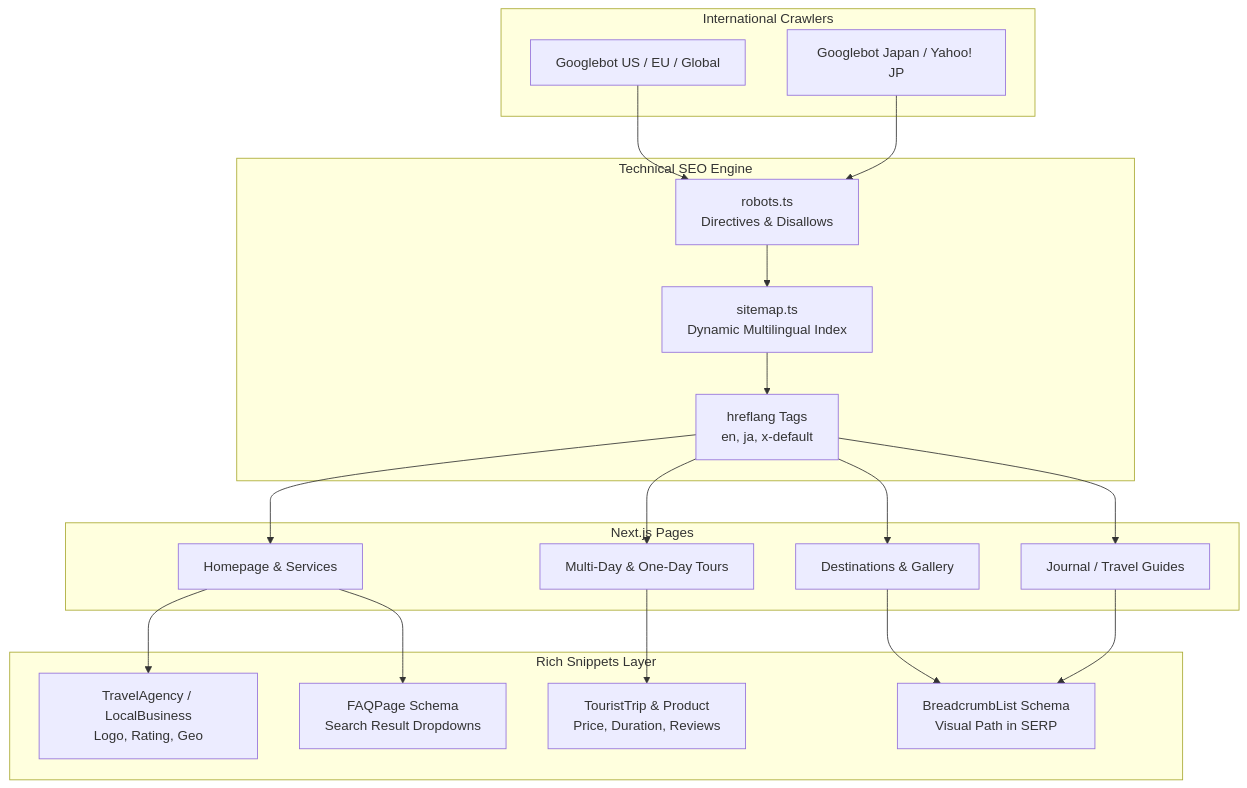
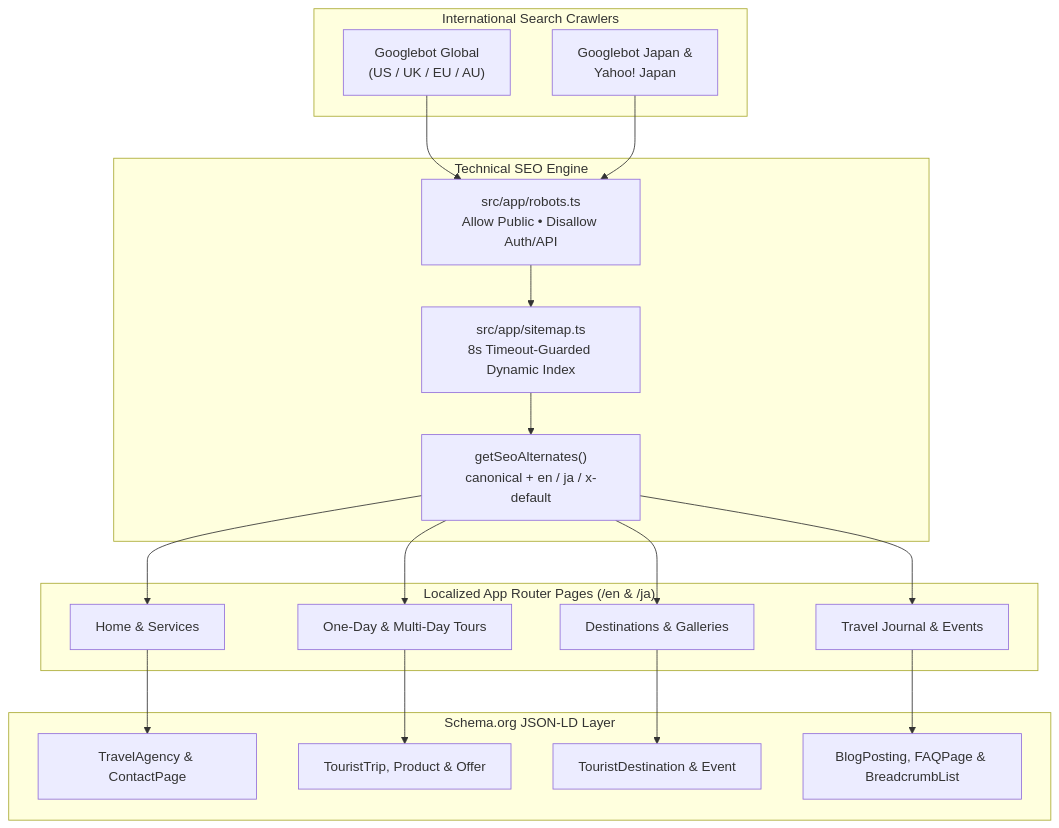
Before and after one commit to ikisakitours/ikisakitours: the first of 2 diagrams in SEO_BLUEPRINT.md, drawn with Mermaid. The commit also changed other lines of this file and 1 other file, not shown here.

First line of the commit message:
docs: update README.md and SEO_BLUEPRINT.md documentation

````diff
--- a/SEO_BLUEPRINT.md
+++ b/SEO_BLUEPRINT.md
@@ -53,41 +54,40 @@
 ```mermaid
 flowchart TD
-    subgraph International Crawlers
-        G_US["Googlebot US / EU / Global"]
-        G_JP["Googlebot Japan / Yahoo! JP"]
-    end
+  subgraph Crawlers["International Search Crawlers"]
+    G_US["Googlebot Global<br/>(US / UK / EU / AU)"]
+    G_JP["Googlebot Japan &<br/>Yahoo! Japan"]
+  end
 
-    subgraph Technical SEO Engine
-        R["robots.ts<br/>Directives & Disallows"]
-        S["sitemap.ts<br/>Dynamic Multilingual Index"]
-        HL["hreflang Tags<br/>en, ja, x-default"]
-    end
+  subgraph Core["Technical SEO Engine"]
+    R["src/app/robots.ts<br/>Allow Public • Disallow Auth/API"]
+    S["src/app/sitemap.ts<br/>8s Timeout-Guarded Dynamic Index"]
+    HL["getSeoAlternates()<br/>canonical + en / ja / x-default"]
+  end
 
-    subgraph Rich Snippets Layer
-        Schema1["TravelAgency / LocalBusiness<br/>Logo, Rating, Geo"]
-        Schema2["TouristTrip & Product<br/>Price, Duration, Reviews"]
-        Schema3["FAQPage Schema<br/>Search Result Dropdowns"]
-        Schema4["BreadcrumbList Schema<br/>Visual Path in SERP"]
-    end
+  subgraph Pages["Localized App Router Pages (/en & /ja)"]
+    Home["Home & Services"]
+    Tours["One-Day & Multi-Day Tours"]
+    Dest["Destinations & Galleries"]
+    Blog["Travel Journal & Events"]
+  end
 
-    subgraph Next.js Pages
-        Home["Homepage & Services"]
-        Tours["Multi-Day & One-Day Tours"]
-        Dest["Destinations & Gallery"]
-        Blog["Journal / Travel Guides"]
-    end
+  subgraph Rich["Schema.org JSON-LD Layer"]
+    SC1["TravelAgency & ContactPage"]
+    SC2["TouristTrip, Product & Offer"]
+    SC3["TouristDestination & Event"]
+    SC4["BlogPosting, FAQPage & BreadcrumbList"]
+  end
 
-    G_US --> R
-    G_JP --> R
-    R --> S
-    S --> HL
-    HL --> Home
-    HL --> Tours
-    HL --> Dest
-    HL --> Blog
-    Home --> Schema1
-    Tours --> Schema2
-    Home --> Schema3
-    Dest --> Schema4
-    Blog --> Schema4
+  G_US --> R
+  G_JP --> R
+  R --> S
+  S --> HL
+  HL --> Home
+  HL --> Tours
+  HL --> Dest
+  HL --> Blog
+  Home --> SC1
+  Tours --> SC2
+  Dest --> SC3
+  Blog --> SC4
 ```
````
